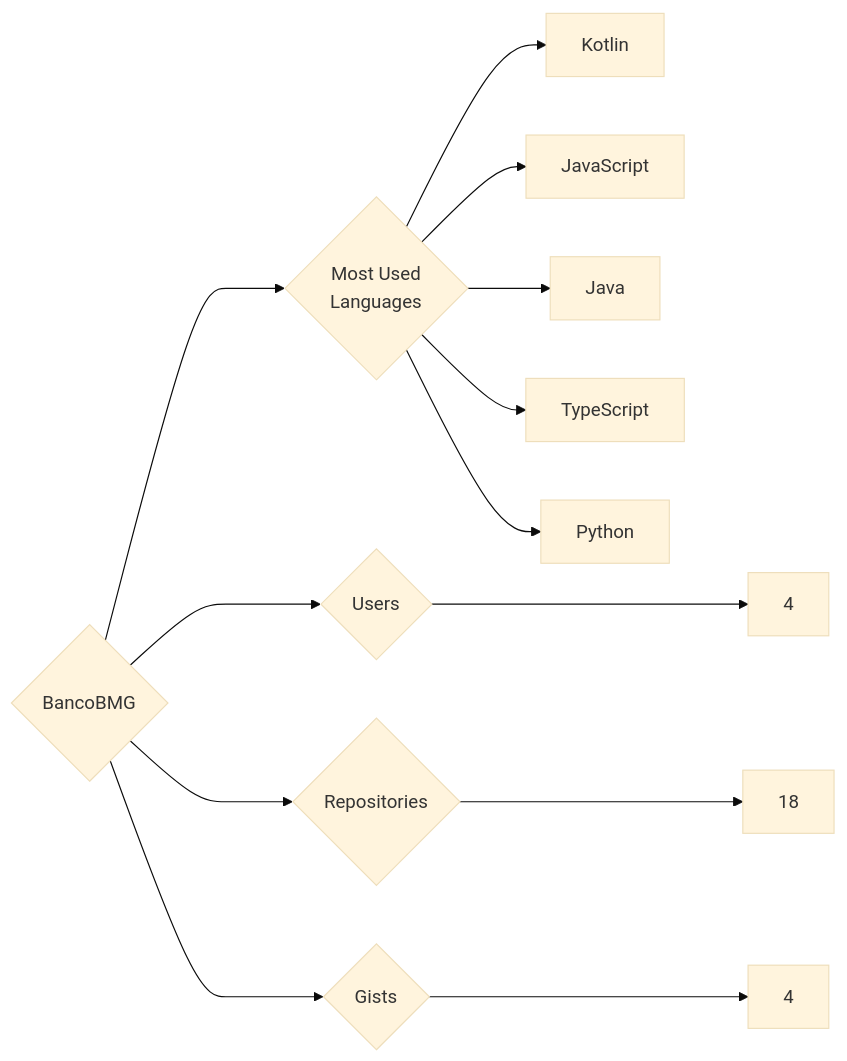
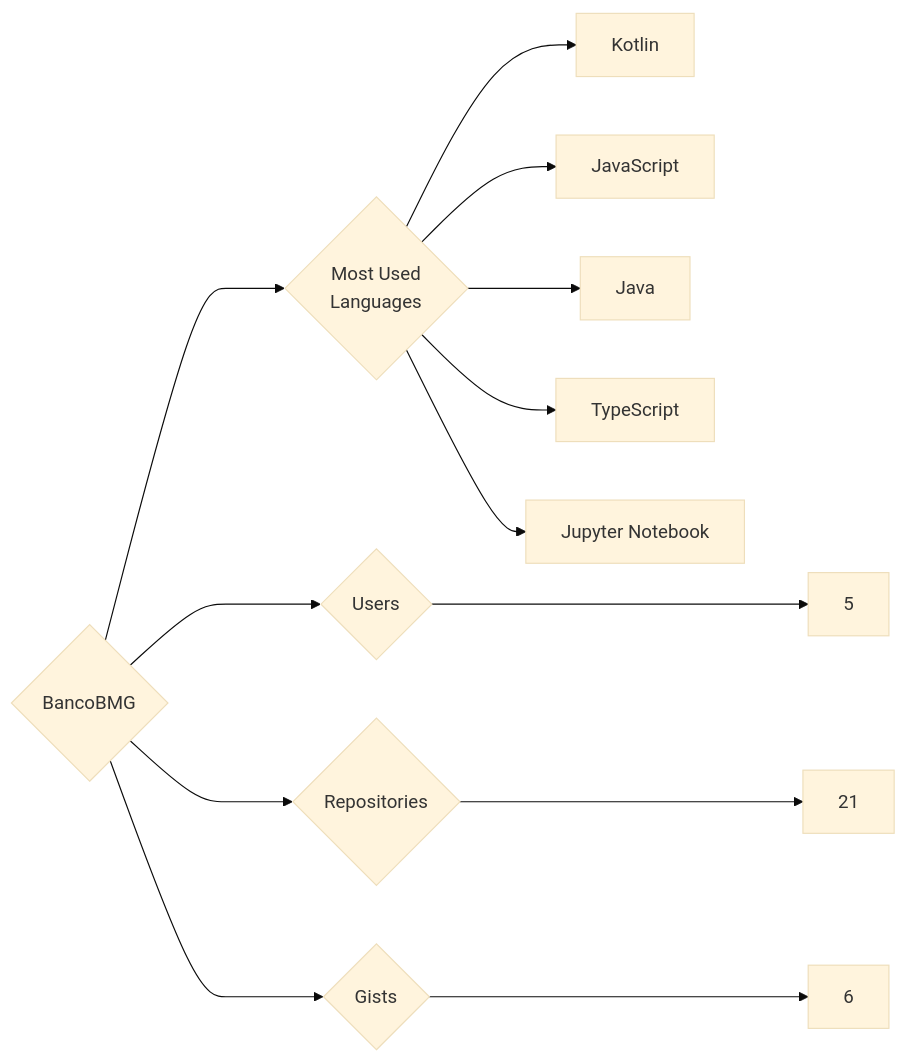
Before and after one commit to trickest/insiders: the diagram in targets/BancoBMG/README.md, drawn with Mermaid (base theme). The commit also changed 611 other files, not shown here.

````diff
--- a/targets/BancoBMG/README.md
+++ b/targets/BancoBMG/README.md
@@ -3,13 +3,13 @@
 ```mermaid
 graph LR
 COMPANY_NAME{BancoBMG}
-COMPANY_NAME ---> U{Users} ---> UN[4]
-COMPANY_NAME ---> R{Repositories} ---> RN[18]
-COMPANY_NAME ---> G{Gists} ---> GN[4]
+COMPANY_NAME ---> U{Users} ---> UN[5]
+COMPANY_NAME ---> R{Repositories} ---> RN[21]
+COMPANY_NAME ---> G{Gists} ---> GN[6]
 COMPANY_NAME ---> ML{Most Used<br>Languages}
 ML --> Kotlin[Kotlin]
 ML --> JavaScript[JavaScript]
 ML --> Java[Java]
 ML --> TypeScript[TypeScript]
-ML --> Python[Python]
+ML --> Jupyter_Notebook[Jupyter Notebook]
 ```
````
